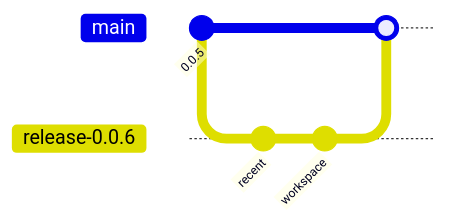
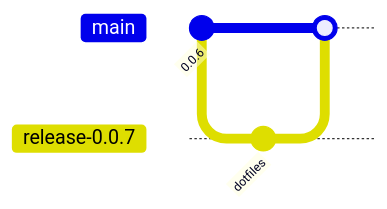
The eighth of 9 diagrams in fixtures/theme-gallery.md (hengistchan/quire-markdown-reader), drawn with Mermaid before and after one commit. The commit also changed 6 other files, not shown here.

````diff
--- a/fixtures/theme-gallery.md
+++ b/fixtures/theme-gallery.md
@@ -198,10 +198,9 @@
 ```mermaid
 gitGraph
-  commit id: "0.0.5"
-  branch release-0.0.6
-  checkout release-0.0.6
-  commit id: "recent"
-  commit id: "workspace"
+  commit id: "0.0.6"
+  branch release-0.0.7
+  checkout release-0.0.7
+  commit id: "dotfiles"
   checkout main
-  merge release-0.0.6
+  merge release-0.0.7
 ```
````
